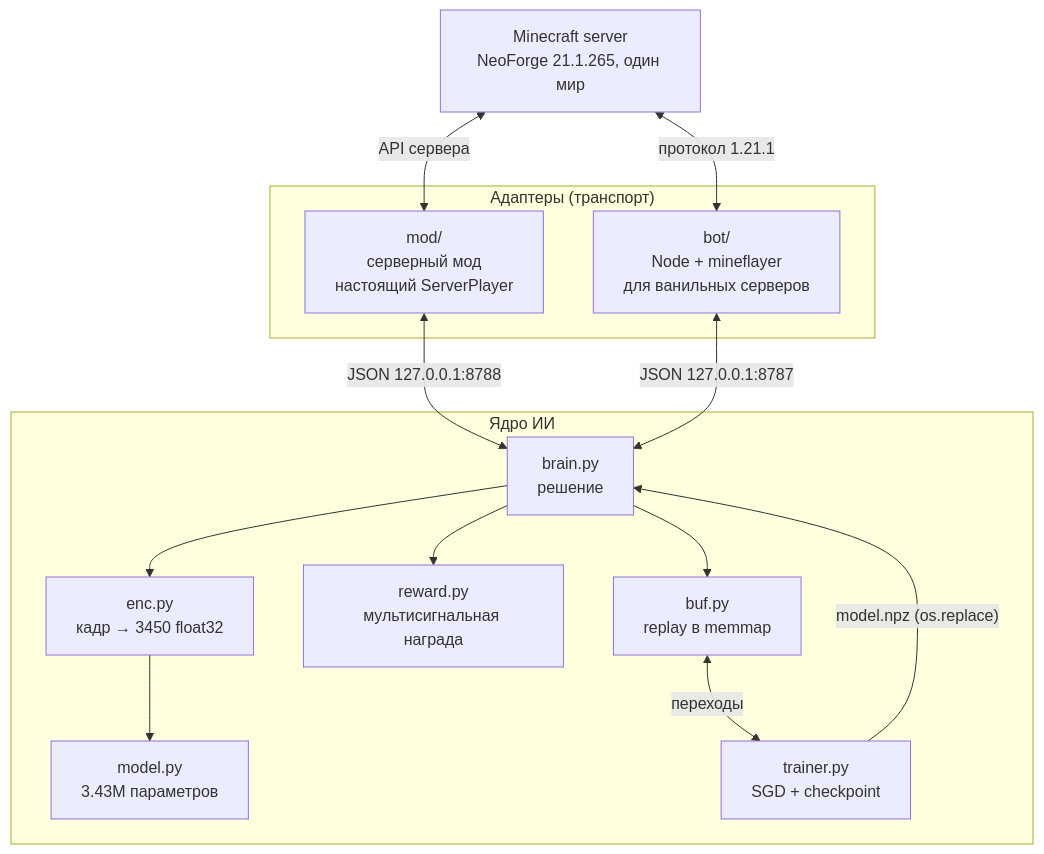
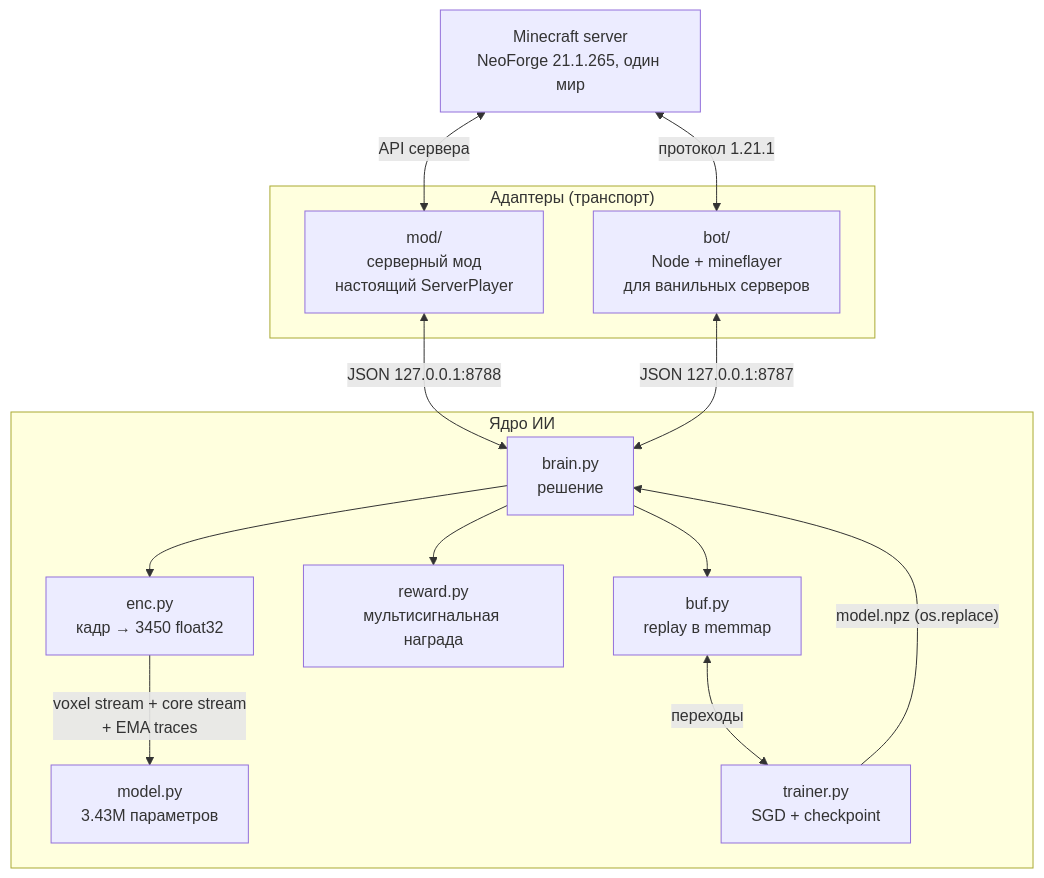
The diagram in README.md (vovawees/soma), drawn with Mermaid before and after one commit. The commit also changed other lines of this file, not shown here.

````diff
--- a/README.md
+++ b/README.md
@@ -55,28 +56,28 @@
 ```mermaid
 flowchart TB
     MC["Minecraft server<br/>NeoForge 21.1.265, один мир"]
 
     subgraph adapters["Адаптеры (транспорт)"]
         MOD["mod/<br/>серверный мод<br/>настоящий ServerPlayer"]
         BOT["bot/<br/>Node + mineflayer<br/>для ванильных серверов"]
     end
 
     subgraph brain["Ядро ИИ"]
         ENC["enc.py<br/>кадр → 3450 float32"]
         NET["model.py<br/>3.43M параметров"]
         RW["reward.py<br/>мультисигнальная награда"]
         BUF["buf.py<br/>replay в memmap"]
         BR["brain.py<br/>решение"]
         TR["trainer.py<br/>SGD + checkpoint"]
     end
 
     MC <-->|протокол 1.21.1| BOT
     MC <-->|API сервера| MOD
     MOD <-->|"JSON 127.0.0.1:8788"| BR
     BOT <-->|"JSON 127.0.0.1:8787"| BR
-    BR --> ENC --> NET
+    BR --> ENC -->|"voxel stream + core stream<br/>+ EMA traces"| NET
     BR --> RW
     BR --> BUF
     BUF <-->|переходы| TR
     TR -->|"model.npz (os.replace)"| BR
 ```
````
